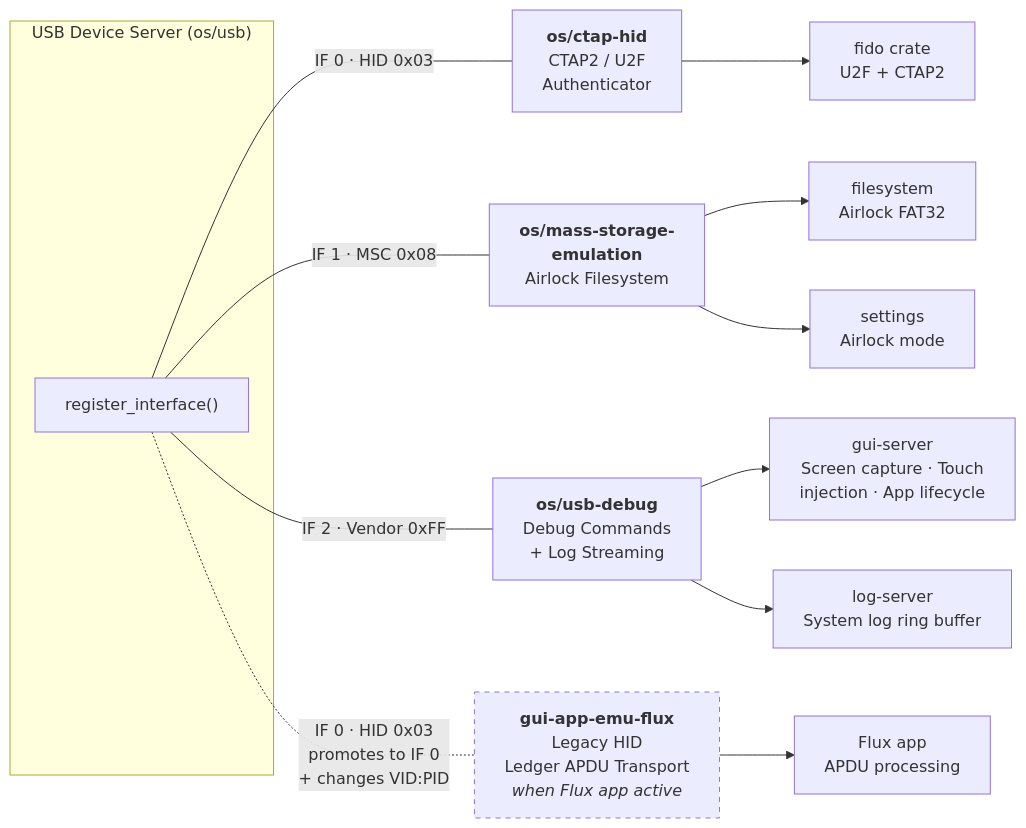
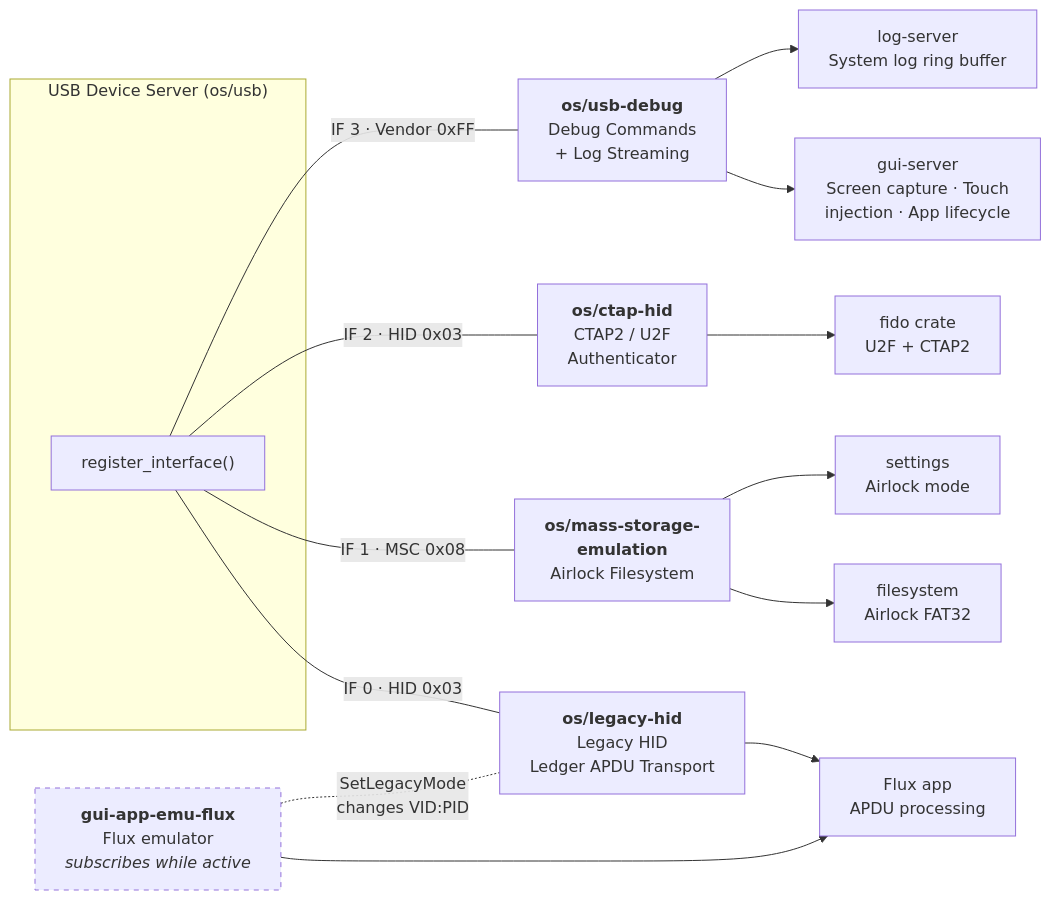
The third of 4 diagrams in docs/usb-architecture.md (Foundation-Devices/KeyOS), drawn with Mermaid before and after one commit. The commit also changed other lines of this file, not shown here.

First line of the commit message:
docs: update USB architecture and debug protocol

````diff
--- a/docs/usb-architecture.md
+++ b/docs/usb-architecture.md
@@ -119,32 +137,35 @@
 ```mermaid
 graph LR
     subgraph "USB Device Server (os/usb)"
         USB["register_interface()"]
     end
 
     CTAP["<b>os/ctap-hid</b><br/>CTAP2 / U2F<br/>Authenticator"]
     DBG["<b>os/usb-debug</b><br/>Debug Commands<br/>+ Log Streaming"]
     MSE["<b>os/mass-storage-<br/>emulation</b><br/>Airlock Filesystem"]
-    FLUX["<b>gui-app-emu-flux</b><br/>Legacy HID<br/>Ledger APDU Transport<br/><i>when Flux app active</i>"]
+    LEGACY["<b>os/legacy-hid</b><br/>Legacy HID<br/>Ledger APDU Transport"]
+    FLUX["<b>gui-app-emu-flux</b><br/>Flux emulator<br/><i>subscribes while active</i>"]
 
-    USB -- "IF 0 · HID 0x03" --- CTAP
+    USB -- "IF 0 · HID 0x03" --- LEGACY
     USB -- "IF 1 · MSC 0x08" --- MSE
-    USB -- "IF 2 · Vendor 0xFF" --- DBG
-    USB -. "IF 0 · HID 0x03<br/>promotes to IF 0<br/>+ changes VID:PID" .- FLUX
+    USB -- "IF 2 · HID 0x03" --- CTAP
+    USB -- "IF 3 · Vendor 0xFF" --- DBG
+    FLUX -. "SetLegacyMode<br/>changes VID:PID" .- LEGACY
 
     FIDO["fido crate<br/>U2F + CTAP2"]
     GUI["gui-server<br/>Screen capture · Touch<br/>injection · App lifecycle"]
     LOG["log-server<br/>System log ring buffer"]
     FS["filesystem<br/>Airlock FAT32"]
     SETTINGS["settings<br/>Airlock mode"]
     SEPH["Flux app<br/>APDU processing"]
 
+    LEGACY --> SEPH
     CTAP --> FIDO
     DBG --> GUI
     DBG --> LOG
     MSE --> FS
     MSE --> SETTINGS
     FLUX --> SEPH
 
     style FLUX stroke-dasharray: 5 5
 ```
````
